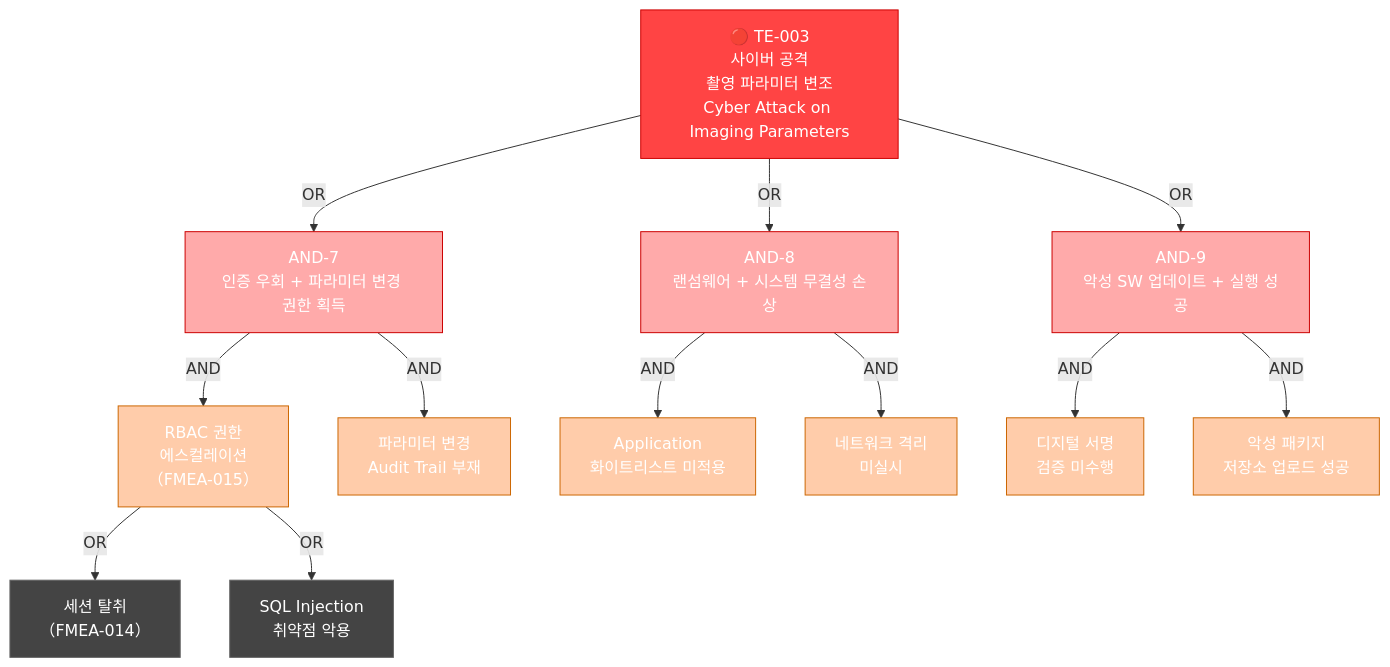
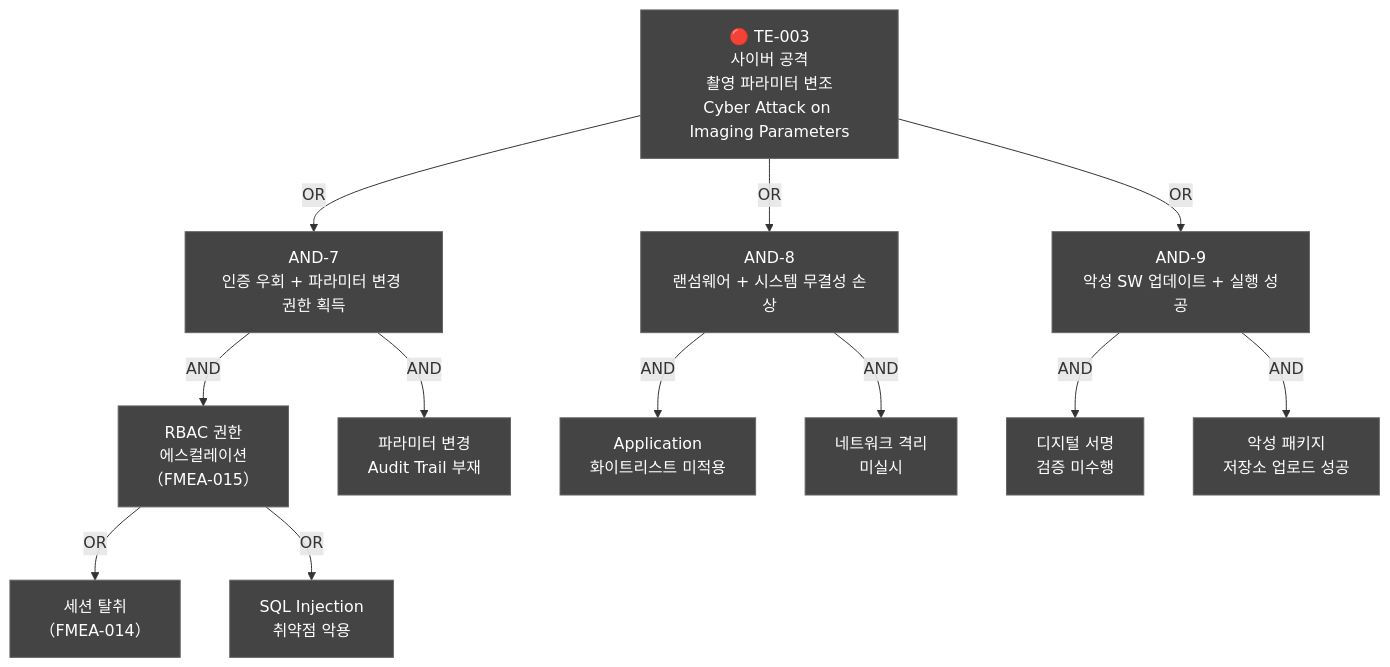
Diagram 11 of 11 in docs/risk/DOC-008_Risk_Management_Plan_v1.0.md (holee9/console-gui), drawn with Mermaid before and after one commit. The commit also changed other lines of this file and 35 other files, not shown here.

First line of the commit message:
fix: 전체 Mermaid 차트 색상 진한 회색 통일

````diff
--- a/docs/risk/DOC-008_Risk_Management_Plan_v1.0.md
+++ b/docs/risk/DOC-008_Risk_Management_Plan_v1.0.md
@@ -847,36 +847,36 @@
 ```mermaid
 graph TD
     TE3["🔴 TE-003\n사이버 공격\n촬영 파라미터 변조\nCyber Attack on Imaging Parameters"]
 
     TE3 -->|OR| L1
     TE3 -->|OR| L2
     TE3 -->|OR| L3
 
     L1["AND-7\n인증 우회 + 파라미터 변경 권한 획득"]
     L2["AND-8\n랜섬웨어 + 시스템 무결성 손상"]
     L3["AND-9\n악성 SW 업데이트 + 실행 성공"]
 
     L1 -->|AND| M1["RBAC 권한\n에스컬레이션\n（FMEA-015）"]
     L1 -->|AND| M2["파라미터 변경\nAudit Trail 부재"]
 
     L2 -->|AND| N1["Application\n화이트리스트 미적용"]
     L2 -->|AND| N2["네트워크 격리\n미실시"]
 
     L3 -->|AND| O1["디지털 서명\n검증 미수행"]
     L3 -->|AND| O2["악성 패키지\n저장소 업로드 성공"]
 
     M1 -->|OR| P1["세션 탈취\n（FMEA-014）"]
     M1 -->|OR| P2["SQL Injection\n취약점 악용"]
 
     classDef default fill:#444,stroke:#666,color:#fff
-    style TE3 fill:#ff4444,color:#ffffff,stroke:#cc0000
-    style L1 fill:#ffaaaa,stroke:#cc0000
-    style L2 fill:#ffaaaa,stroke:#cc0000
-    style L3 fill:#ffaaaa,stroke:#cc0000
-    style M1 fill:#ffccaa,stroke:#cc6600
-    style M2 fill:#ffccaa,stroke:#cc6600
-    style N1 fill:#ffccaa,stroke:#cc6600
-    style N2 fill:#ffccaa,stroke:#cc6600
-    style O1 fill:#ffccaa,stroke:#cc6600
-    style O2 fill:#ffccaa,stroke:#cc6600
+    style TE3 fill:#444,color:#fff,stroke:#666
+    style L1 fill:#444,stroke:#666
+    style L2 fill:#444,stroke:#666
+    style L3 fill:#444,stroke:#666
+    style M1 fill:#444,stroke:#666
+    style M2 fill:#444,stroke:#666
+    style N1 fill:#444,stroke:#666
+    style N2 fill:#444,stroke:#666
+    style O1 fill:#444,stroke:#666
+    style O2 fill:#444,stroke:#666
 ```
````
